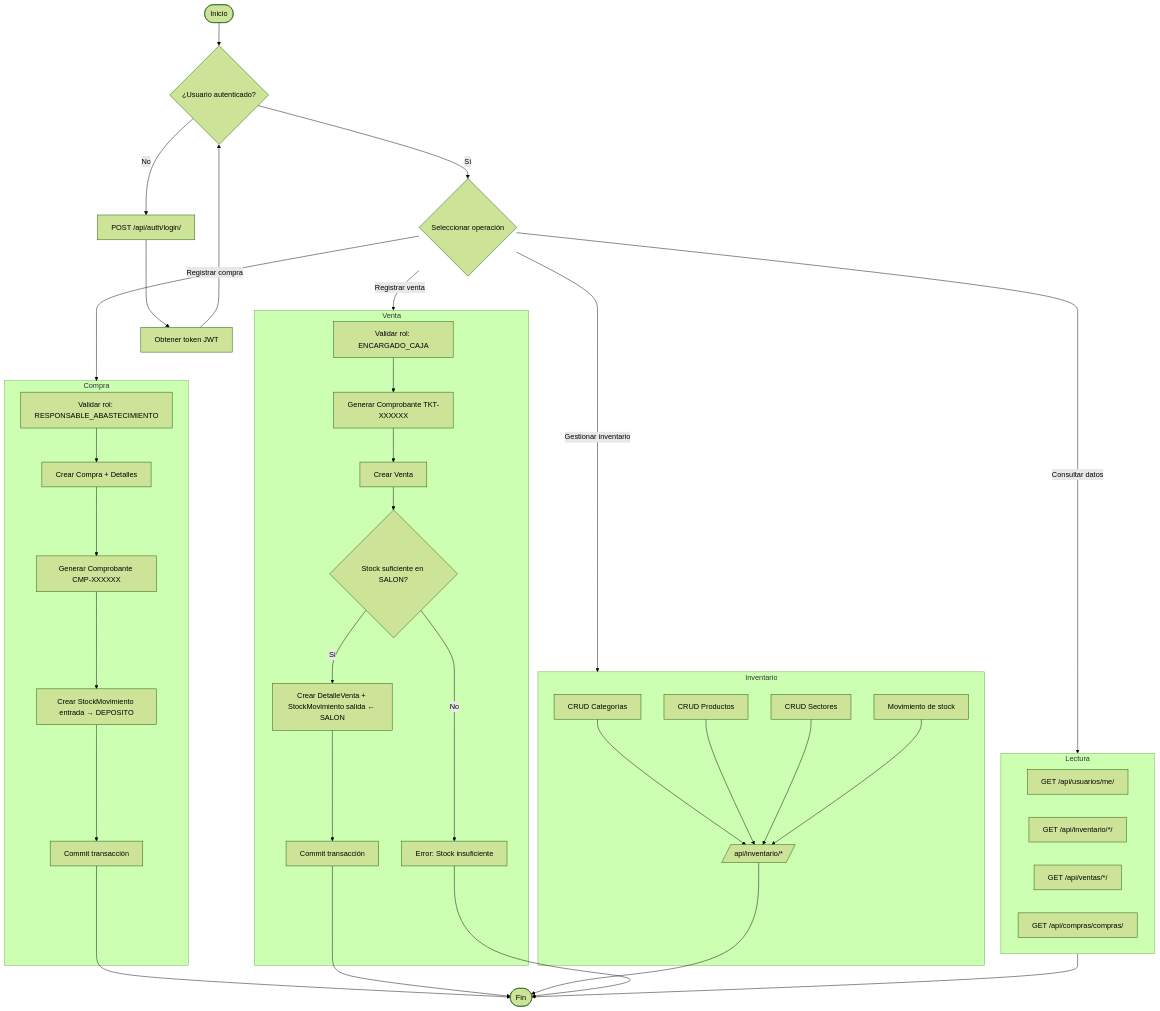
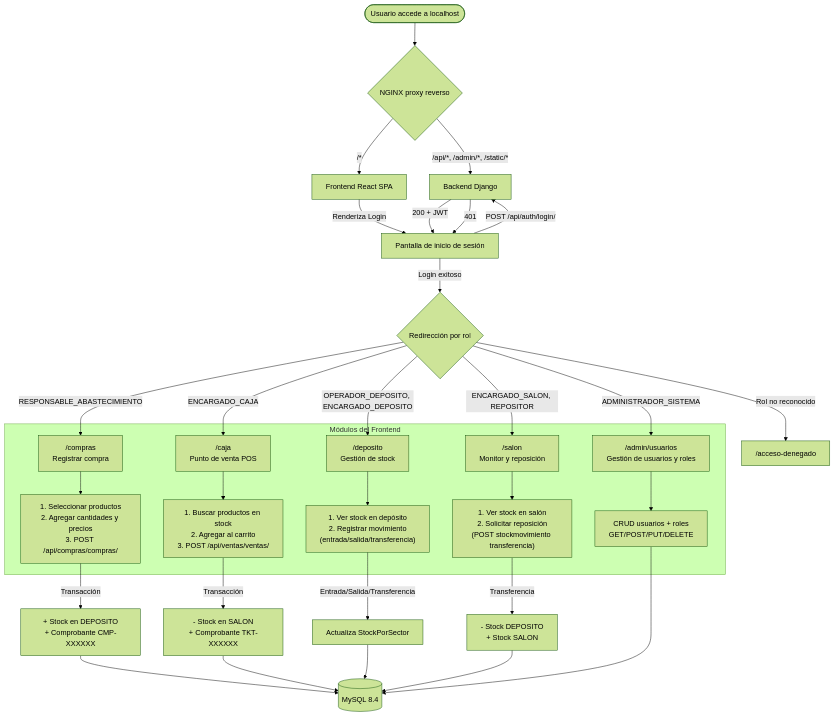
The third of 3 diagrams in documentacion.md (sebapalavecino2003/LogiRaf), drawn with Mermaid (forest theme) before and after one commit. The commit also changed other lines of this file and 60 other files, not shown here.

````diff
--- a/documentacion.md
+++ b/documentacion.md
@@ -516,56 +632,41 @@
 ```mermaid
 flowchart TD
-    START([Inicio]) --> AUTH{¿Usuario autenticado?}
-    AUTH -->|No| LOGIN[POST /api/auth/login/]
-    LOGIN --> TOKEN[Obtener token JWT]
-    TOKEN --> AUTH
+    START([Usuario accede a localhost]) --> NGINX{NGINX proxy reverso}
 
-    AUTH -->|Sí| MENU{Seleccionar operación}
+    NGINX -->|/api/*, /admin/*, /static/*| DJANGO["Backend Django"]
+    NGINX -->|/*| FRONTEND["Frontend React SPA"]
 
-    MENU -->|Gestionar inventario| INV[Operaciones de inventario]
-    MENU -->|Registrar compra| COMP[Flujo de compra]
-    MENU -->|Registrar venta| VENT[Flujo de venta]
-    MENU -->|Consultar datos| READ[Operaciones de solo lectura]
+    FRONTEND -->|Renderiza Login| LOGIN[Pantalla de inicio de sesión]
+    LOGIN -->|POST /api/auth/login/| DJANGO
 
-    subgraph INV["Inventario"]
-        I1[CRUD Categorías]
-        I2[CRUD Productos]
-        I3[CRUD Sectores]
-        I4[Movimiento de stock]
-        I1 --> I5[/api/inventario/*/]
-        I2 --> I5
-        I3 --> I5
-        I4 --> I5
+    DJANGO -->|200 + JWT| LOGIN
+    DJANGO -->|401| LOGIN
+
+    LOGIN -->|Login exitoso| ROLE{Redirección por rol}
+
+    ROLE -->|ADMINISTRADOR_SISTEMA| ADMIN["/admin/usuarios<br/>Gestión de usuarios y roles"]
+    ROLE -->|RESPONSABLE_ABASTECIMIENTO| COMPRAS["/compras<br/>Registrar compra"]
+    ROLE -->|OPERADOR_DEPOSITO, ENCARGADO_DEPOSITO| DEPOSITO["/deposito<br/>Gestión de stock"]
+    ROLE -->|ENCARGADO_CAJA| CAJA["/caja<br/>Punto de venta POS"]
+    ROLE -->|ENCARGADO_SALON, REPOSITOR| SALON["/salon<br/>Monitor y reposición"]
+    ROLE -->|Rol no reconocido| DENIED["/acceso-denegado"]
+
+    subgraph MODULOS["Módulos del Frontend"]
+        ADMIN --> ADMIN_CRUD["CRUD usuarios + roles<br/>GET/POST/PUT/DELETE"]
+        COMPRAS --> COMPRAS_FLOW["1. Seleccionar productos<br/>2. Agregar cantidades y precios<br/>3. POST /api/compras/compras/"]
+        DEPOSITO --> DEPOSITO_FLOW["1. Ver stock en depósito<br/>2. Registrar movimiento<br/>(entrada/salida/transferencia)"]
+        CAJA --> CAJA_FLOW["1. Buscar productos en stock<br/>2. Agregar al carrito<br/>3. POST /api/ventas/ventas/"]
+        SALON --> SALON_FLOW["1. Ver stock en salón<br/>2. Solicitar reposición<br/>(POST stockmovimiento transferencia)"]
     end
 
-    subgraph COMP["Compra"]
-        C1[Validar rol: RESPONSABLE_ABASTECIMIENTO]
-        C1 --> C2[Crear Compra + Detalles]
-        C2 --> C3[Generar Comprobante CMP-XXXXXX]
-        C3 --> C4[Crear StockMovimiento entrada → DEPOSITO]
-        C4 --> C5[Commit transacción]
-    end
+    COMPRAS_FLOW -->|Transacción| STOCK_IN["+ Stock en DEPOSITO<br/>+ Comprobante CMP-XXXXXX"]
+    CAJA_FLOW -->|Transacción| STOCK_OUT["- Stock en SALON<br/>+ Comprobante TKT-XXXXXX"]
+    DEPOSITO_FLOW -->|Entrada/Salida/Transferencia| STOCK_MOVE["Actualiza StockPorSector"]
+    SALON_FLOW -->|Transferencia| STOCK_TRANSFER["- Stock DEPOSITO<br/>+ Stock SALON"]
 
-    subgraph VENT["Venta"]
-        V1[Validar rol: ENCARGADO_CAJA]
-        V1 --> V2[Generar Comprobante TKT-XXXXXX]
-        V2 --> V3[Crear Venta]
-        V3 --> V4{Stock suficiente en SALON?}
-        V4 -->|No| ERROR[Error: Stock insuficiente]
-        V4 -->|Sí| V5[Crear DetalleVenta + StockMovimiento salida ← SALON]
-        V5 --> V6[Commit transacción]
-    end
-
-    subgraph READ["Lectura"]
-        R1[GET /api/usuarios/me/]
-        R2[GET /api/inventario/*/]
-        R3[GET /api/ventas/*/]
-        R4[GET /api/compras/compras/]
-    end
-
-    C5 --> FIN([Fin])
-    V6 --> FIN
-    I5 --> FIN
-    READ --> FIN
-    ERROR --> FIN
+    STOCK_IN --> DB[("MySQL 8.4")]
+    STOCK_OUT --> DB
+    STOCK_MOVE --> DB
+    STOCK_TRANSFER --> DB
+    ADMIN_CRUD --> DB
 ```
````
